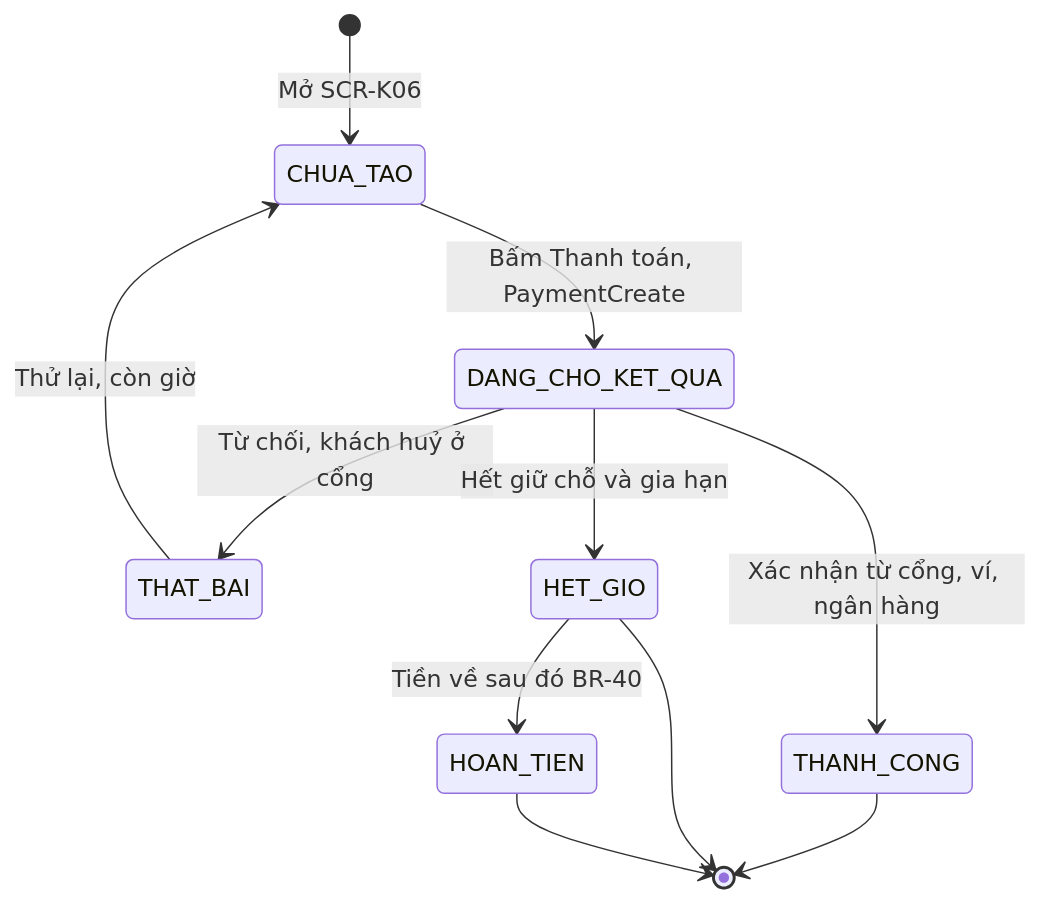
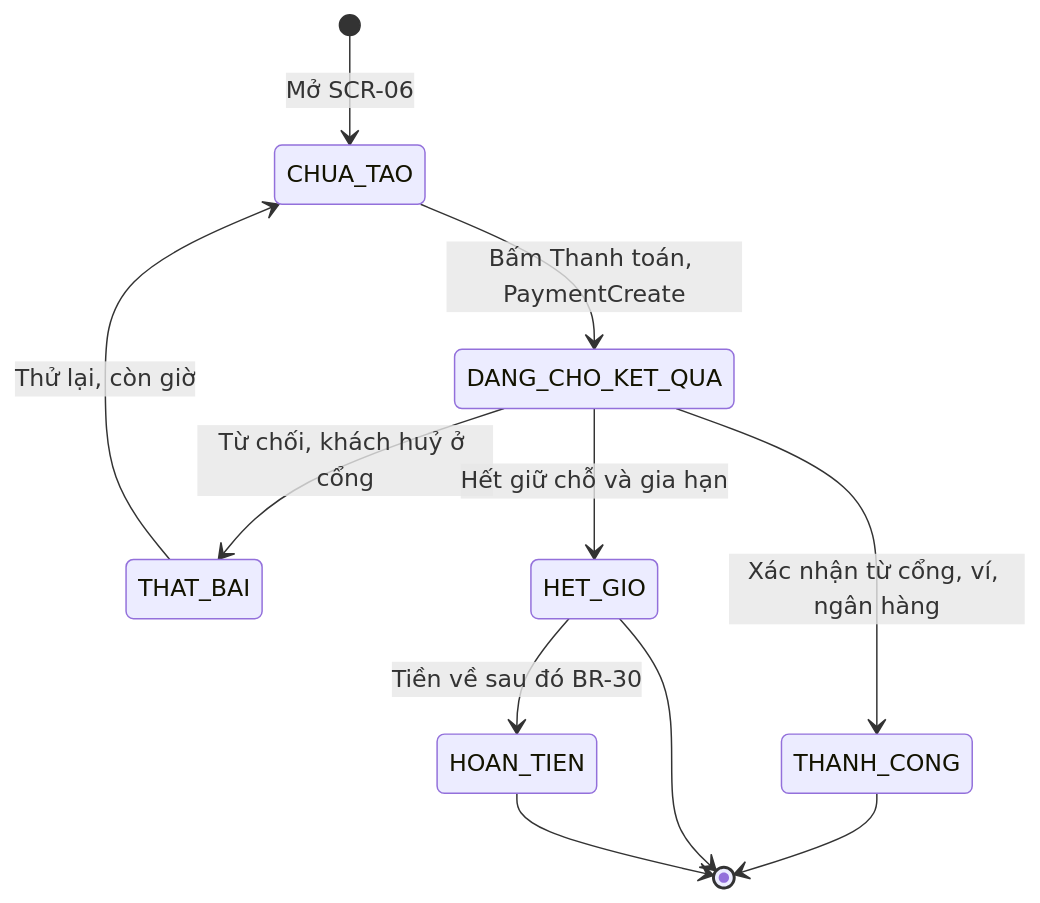
Before and after one commit to uxfoundation-vn/de08-dat-ve-xem-phim: the fourth of 15 diagrams in docs/SRS.md, drawn with Mermaid. The commit also changed other lines of this file and 2 other files, not shown here.

````diff
--- a/docs/SRS.md
+++ b/docs/SRS.md
@@ -212,13 +160,13 @@
 ```mermaid
 stateDiagram-v2
-  [*] --> CHUA_TAO : Mở SCR-K06
+  [*] --> CHUA_TAO : Mở SCR-06
   CHUA_TAO --> DANG_CHO_KET_QUA : Bấm Thanh toán, PaymentCreate
   DANG_CHO_KET_QUA --> THANH_CONG : Xác nhận từ cổng, ví, ngân hàng
   DANG_CHO_KET_QUA --> THAT_BAI : Từ chối, khách huỷ ở cổng
   THAT_BAI --> CHUA_TAO : Thử lại, còn giờ
   DANG_CHO_KET_QUA --> HET_GIO : Hết giữ chỗ và gia hạn
-  HET_GIO --> HOAN_TIEN : Tiền về sau đó BR-40
+  HET_GIO --> HOAN_TIEN : Tiền về sau đó BR-30
   THANH_CONG --> [*]
   HET_GIO --> [*]
   HOAN_TIEN --> [*]
 ```
````
